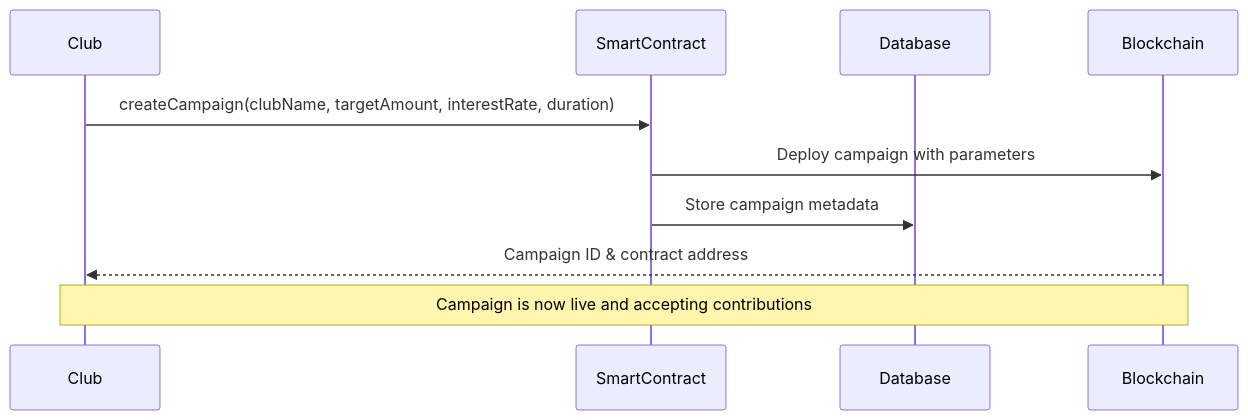
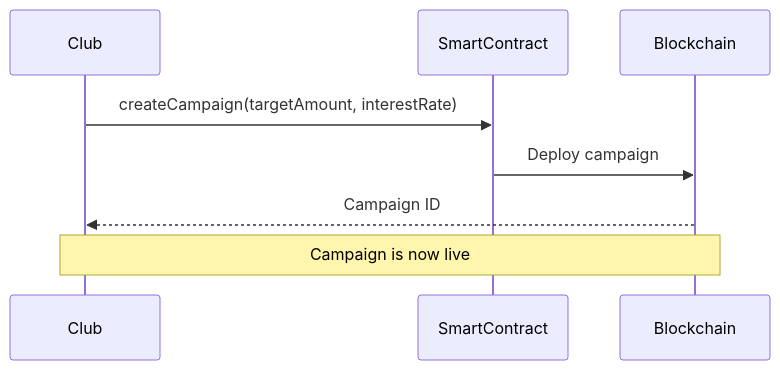
One commit to Mariussgal/12th_man_app changed the second of 3 diagrams in README.md. Above: the diagram before and after it, drawn with Mermaid. The commit also changed other lines of this file, not shown here.

````diff
--- a/README.md
+++ b/README.md
@@ -70,14 +44,12 @@
 ```mermaid
 sequenceDiagram
     participant Club
     participant SmartContract
-    participant Database
     participant Blockchain
     
-    Club->>SmartContract: createCampaign(clubName, targetAmount, interestRate, duration)
-    SmartContract->>Blockchain: Deploy campaign with parameters
-    SmartContract->>Database: Store campaign metadata
-    Blockchain-->>Club: Campaign ID & contract address
+    Club->>SmartContract: createCampaign(targetAmount, interestRate)
+    SmartContract->>Blockchain: Deploy campaign
+    Blockchain-->>Club: Campaign ID
     
-    Note over Club,Blockchain: Campaign is now live and accepting contributions
+    Note over Club,Blockchain: Campaign is now live
 ```
````
